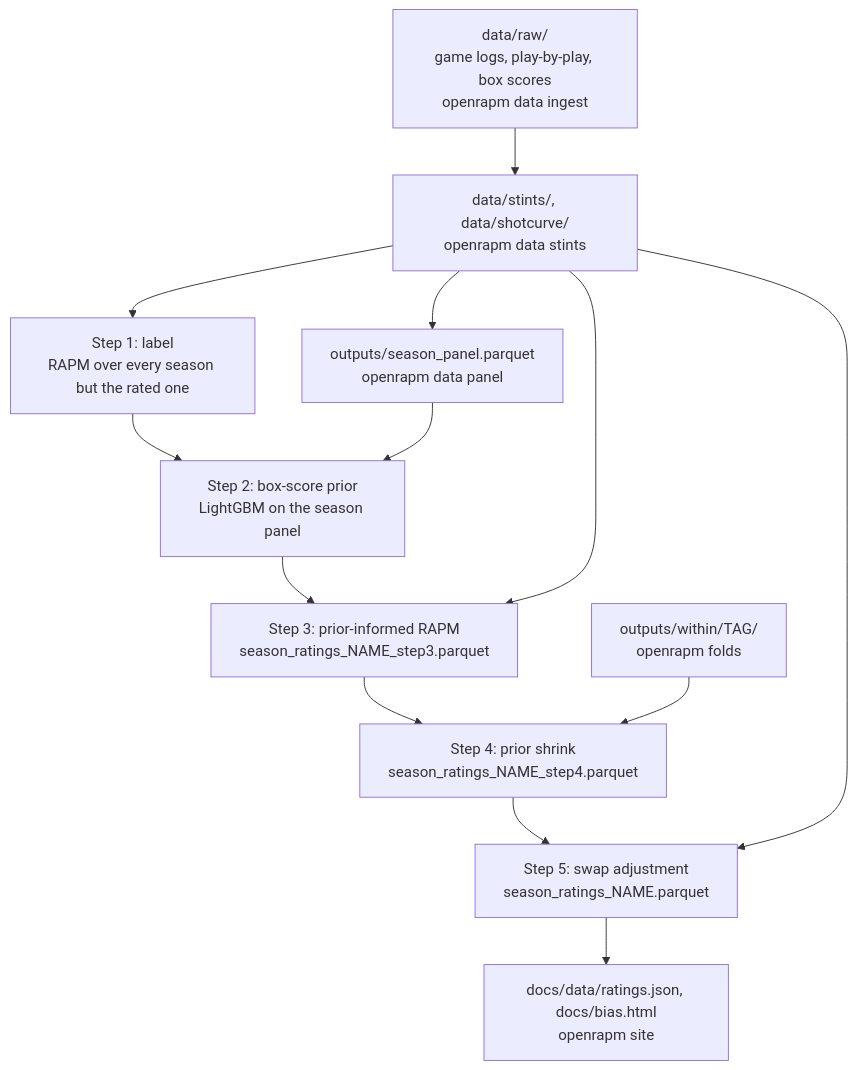
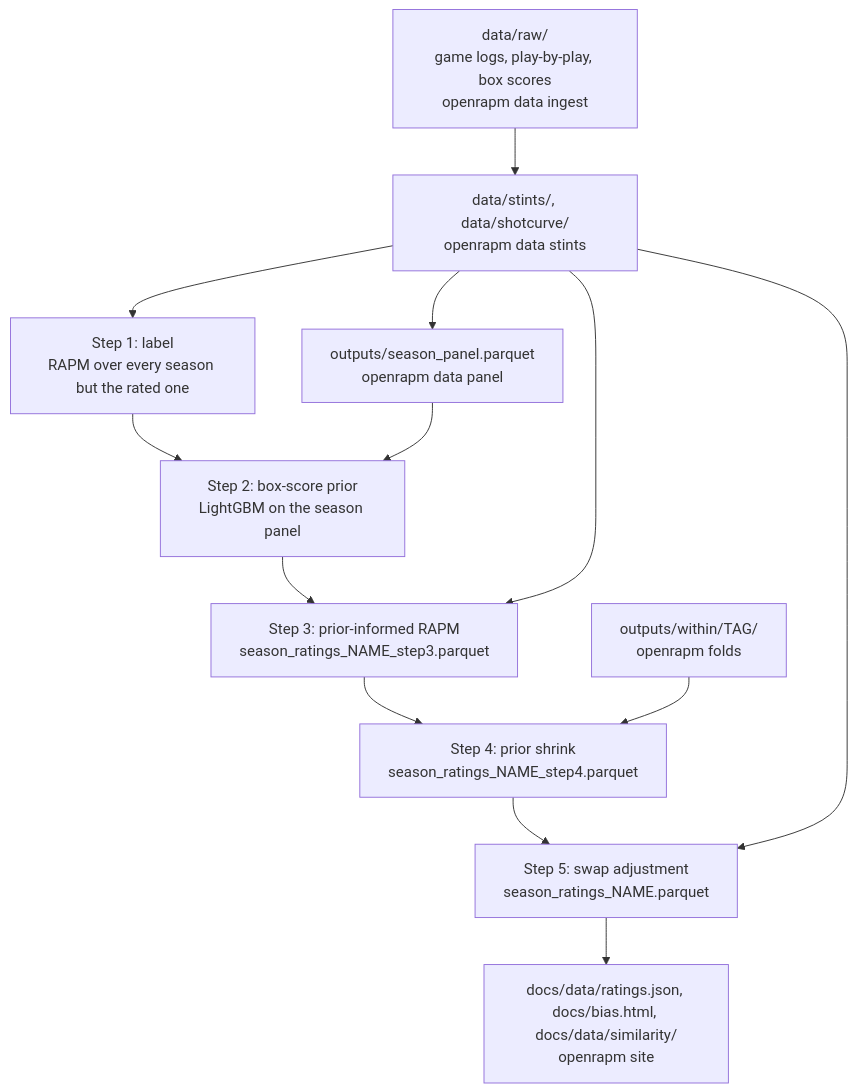
One commit to bbstats/openrapm changed the diagram in PIPELINE.md. Above: the diagram before and after it, drawn with Mermaid. The commit also changed other lines of this file and 48 other files, not shown here.

````diff
--- a/PIPELINE.md
+++ b/PIPELINE.md
@@ -16,15 +16,15 @@
 ```mermaid
 flowchart TD
     RAW["data/raw/<br/>game logs, play-by-play, box scores<br/>openrapm data ingest"] --> ST["data/stints/, data/shotcurve/<br/>openrapm data stints"]
     ST --> PAN["outputs/season_panel.parquet<br/>openrapm data panel"]
     ST --> S1["Step 1: label<br/>RAPM over every season but the rated one"]
     S1 --> S2["Step 2: box-score prior<br/>LightGBM on the season panel"]
     PAN --> S2
     S2 --> S3["Step 3: prior-informed RAPM<br/>season_ratings_NAME_step3.parquet"]
     ST --> S3
     S3 --> S4["Step 4: prior shrink<br/>season_ratings_NAME_step4.parquet"]
     FO["outputs/within/TAG/<br/>openrapm folds"] --> S4
     S4 --> S5["Step 5: swap adjustment<br/>season_ratings_NAME.parquet"]
     ST --> S5
-    S5 --> SITE["docs/data/ratings.json, docs/bias.html<br/>openrapm site"]
+    S5 --> SITE["docs/data/ratings.json, docs/bias.html, docs/data/similarity/<br/>openrapm site"]
 ```
````
